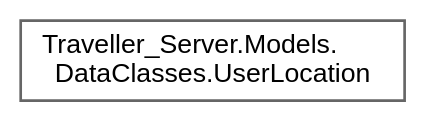
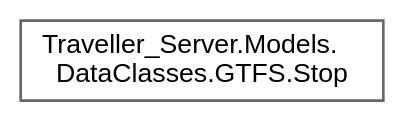
One commit to VenelinArgirov/manual-tecnico.github.io changed the diagram in Servidor/inherit_graph_42.dot. Above: the diagram before and after it, drawn with Graphviz. The commit also changed 539 other files, not shown here.

```diff
--- a/Servidor/inherit_graph_42.dot
+++ b/Servidor/inherit_graph_42.dot
@@ -1,9 +1,9 @@
 digraph "Graphical Class Hierarchy"
 {
  // LATEX_PDF_SIZE
   bgcolor="transparent";
   edge [fontname=Helvetica,fontsize=10,labelfontname=Helvetica,labelfontsize=10];
   node [fontname=Helvetica,fontsize=10,shape=box,height=0.2,width=0.4];
   rankdir="LR";
-  Node0 [label="Traveller_Server.Models.\lDataClasses.UserLocation",height=0.2,width=0.4,color="grey40", fillcolor="white", style="filled",URL="$class_traveller___server_1_1_models_1_1_data_classes_1_1_user_location.html",tooltip=" "];
+  Node0 [label="Traveller_Server.Models.\lDataClasses.GTFS.Stop",height=0.2,width=0.4,color="grey40", fillcolor="white", style="filled",URL="$class_traveller___server_1_1_models_1_1_data_classes_1_1_g_t_f_s_1_1_stop.html",tooltip="Class represents a Stop in GTFS format."];
 }
```
